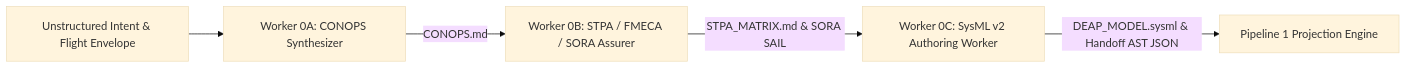
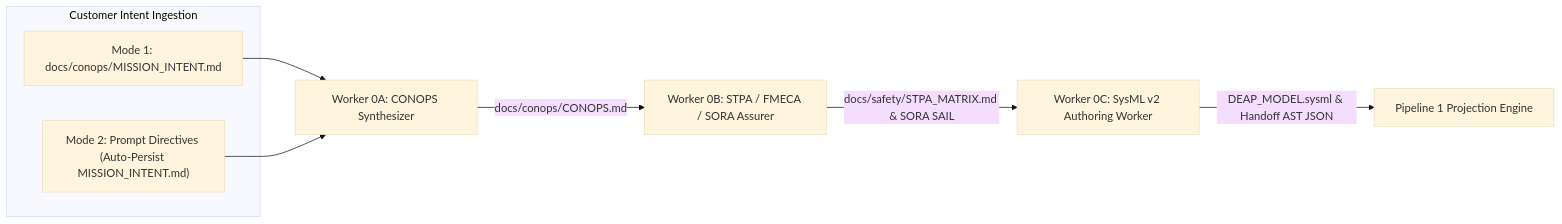
Before and after one commit to gintatkinson/DEAP-profile-vhdl-hardware: the first of 2 diagrams in README.md, drawn with Mermaid (base theme). The commit also changed other lines of this file, not shown here.

Commit message:
fix(conops): add file-based input spec contract and Dual-Mode Worker 0A (#36) (README.md)

````diff
--- a/README.md
+++ b/README.md
@@ -373,7 +375,12 @@
 ```mermaid
 flowchart LR
-    CustomerIntent["Unstructured Intent & Flight Envelope"] --> Worker_0A["Worker 0A: CONOPS Synthesizer"]
-    Worker_0A -->|"CONOPS.md"| Worker_0B["Worker 0B: STPA / FMECA / SORA Assurer"]
-    Worker_0B -->|"STPA_MATRIX.md & SORA SAIL"| Worker_0C["Worker 0C: SysML v2 Authoring Worker"]
+    subgraph Ingestion["Customer Intent Ingestion"]
+        Mode1["Mode 1: docs/conops/MISSION_INTENT.md"]
+        Mode2["Mode 2: Prompt Directives (Auto-Persist MISSION_INTENT.md)"]
+    end
+    Mode1 --> Worker_0A["Worker 0A: CONOPS Synthesizer"]
+    Mode2 --> Worker_0A
+    Worker_0A -->|"docs/conops/CONOPS.md"| Worker_0B["Worker 0B: STPA / FMECA / SORA Assurer"]
+    Worker_0B -->|"docs/safety/STPA_MATRIX.md & SORA SAIL"| Worker_0C["Worker 0C: SysML v2 Authoring Worker"]
     Worker_0C -->|"DEAP_MODEL.sysml & Handoff AST JSON"| Pipeline_1["Pipeline 1 Projection Engine"]
 ```
````
